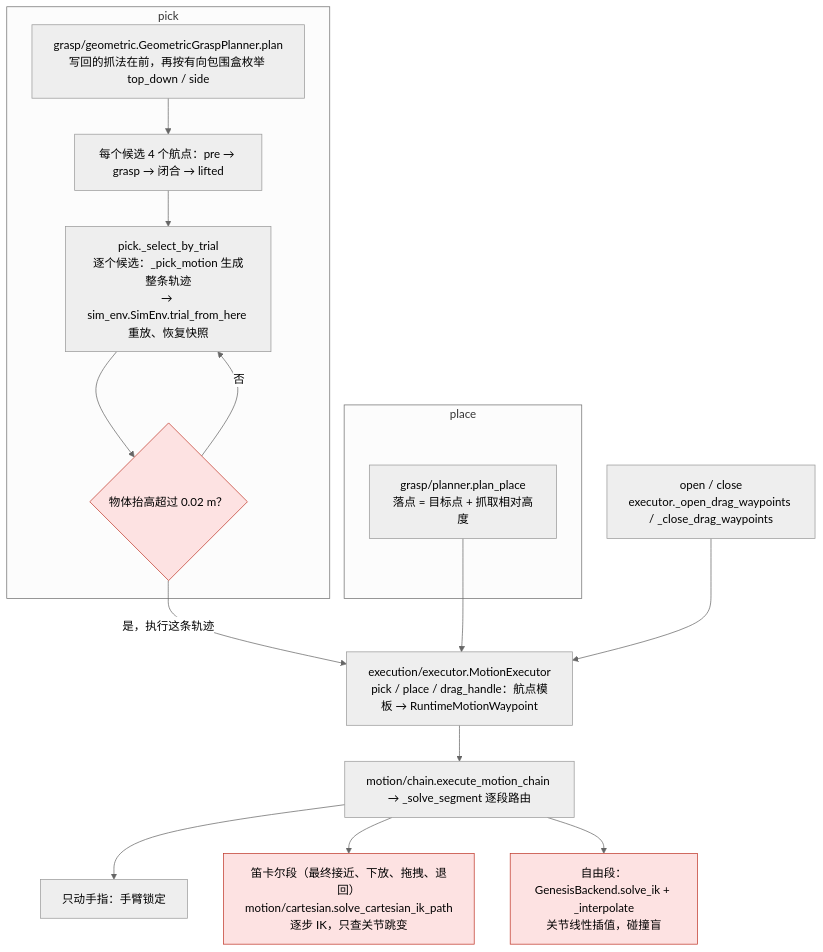
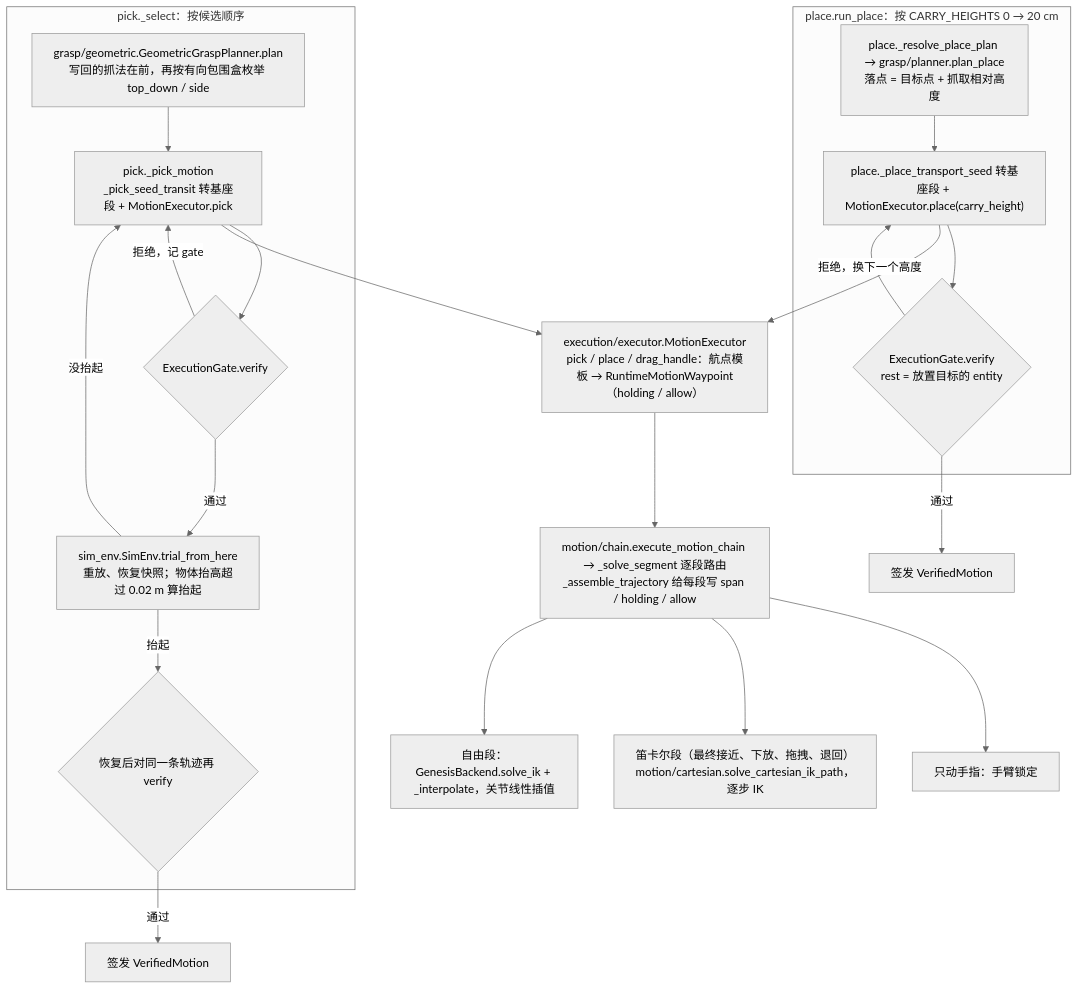
One commit to ZJLi2013/RoboSmith changed the second of 2 diagrams in docs/call-chain.md. Above: the diagram before and after it, drawn with Mermaid (neutral theme). The commit also changed other lines of this file and 1 other file, not shown here.

Commit message:
docs: the call chain maps the gated pipeline as it runs, with the gate's boundaries and the other entry points

````diff
--- a/docs/call-chain.md
+++ b/docs/call-chain.md
@@ -49,33 +56,33 @@
 ```mermaid
 flowchart TD
-    subgraph PK["pick"]
+    subgraph PK["pick._select：按候选顺序"]
         GEO["grasp/geometric.GeometricGraspPlanner.plan<br/>写回的抓法在前，再按有向包围盒枚举 top_down / side"]
-        WP["每个候选 4 个航点：pre → grasp → 闭合 → lifted"]
-        TR["pick._select_by_trial<br/>逐个候选：_pick_motion 生成整条轨迹<br/>→ sim_env.SimEnv.trial_from_here 重放、恢复快照"]
-        OK{"物体抬高超过 0.02 m？"}
+        PM["pick._pick_motion<br/>_pick_seed_transit 转基座段 + MotionExecutor.pick"]
+        V1{"ExecutionGate.verify"}
+        TR["sim_env.SimEnv.trial_from_here<br/>重放、恢复快照；物体抬高超过 0.02 m 算抬起"]
+        V2{"恢复后对同一条轨迹再 verify"}
     end
 
-    subgraph PL["place"]
-        PP["grasp/planner.plan_place<br/>落点 = 目标点 + 抓取相对高度"]
+    subgraph PL["place.run_place：按 CARRY_HEIGHTS 0 → 20 cm"]
+        PP["place._resolve_place_plan → grasp/planner.plan_place<br/>落点 = 目标点 + 抓取相对高度"]
+        PX["place._place_transport_seed 转基座段 + MotionExecutor.place(carry_height)"]
+        V3{"ExecutionGate.verify<br/>rest = 放置目标的 entity"}
     end
 
-    DR["open / close<br/>executor._open_drag_waypoints / _close_drag_waypoints"]
+    EXE["execution/executor.MotionExecutor<br/>pick / place / drag_handle：航点模板 → RuntimeMotionWaypoint（holding / allow）"]
+    CH["motion/chain.execute_motion_chain → _solve_segment 逐段路由<br/>_assemble_trajectory 给每段写 span / holding / allow"]
+    F["只动手指：手臂锁定"]
+    C["笛卡尔段（最终接近、下放、拖拽、退回）<br/>motion/cartesian.solve_cartesian_ik_path，逐步 IK"]
+    G["自由段：GenesisBackend.solve_ik + _interpolate，关节线性插值"]
 
-    EXE["execution/executor.MotionExecutor<br/>pick / place / drag_handle：航点模板 → RuntimeMotionWaypoint"]
-    CH["motion/chain.execute_motion_chain → _solve_segment 逐段路由"]
-
-    F["只动手指：手臂锁定"]
-    C["笛卡尔段（最终接近、下放、拖拽、退回）<br/>motion/cartesian.solve_cartesian_ik_path<br/>逐步 IK，只查关节跳变"]
-    G["自由段：GenesisBackend.solve_ik + _interpolate<br/>关节线性插值，碰撞盲"]
-
-    GEO --> WP --> TR --> OK
-    OK -- 否 --> TR
-    OK -- 是，执行这条轨迹 --> EXE
-    PP --> EXE
-    DR --> EXE
-    EXE --> CH
-    CH --> F & C & G
-
-    classDef blind fill:#fde2e2,stroke:#c0392b
-    class G,OK,C blind
+    GEO --> PM --> V1
+    V1 -- 拒绝，记 gate --> PM
+    V1 -- 通过 --> TR
+    TR -- 没抬起 --> PM
+    TR -- 抬起 --> V2
+    V2 -- 通过 --> OKP["签发 VerifiedMotion"]
+    PP --> PX --> V3
+    V3 -- 拒绝，换下一个高度 --> PX
+    V3 -- 通过 --> OKL["签发 VerifiedMotion"]
+    PM & PX --> EXE --> CH --> F & C & G
 ```
````
